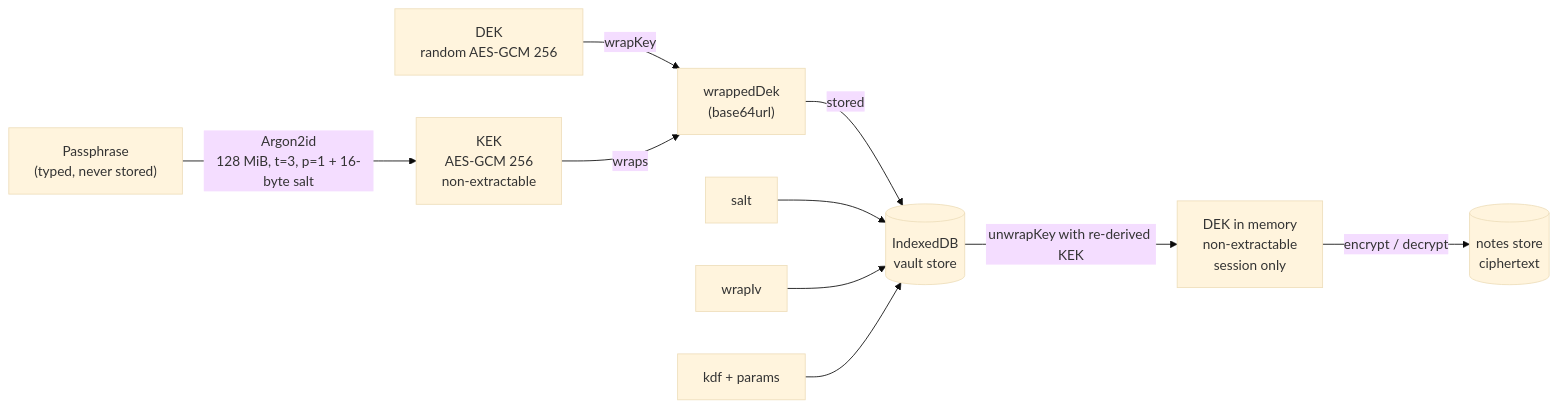
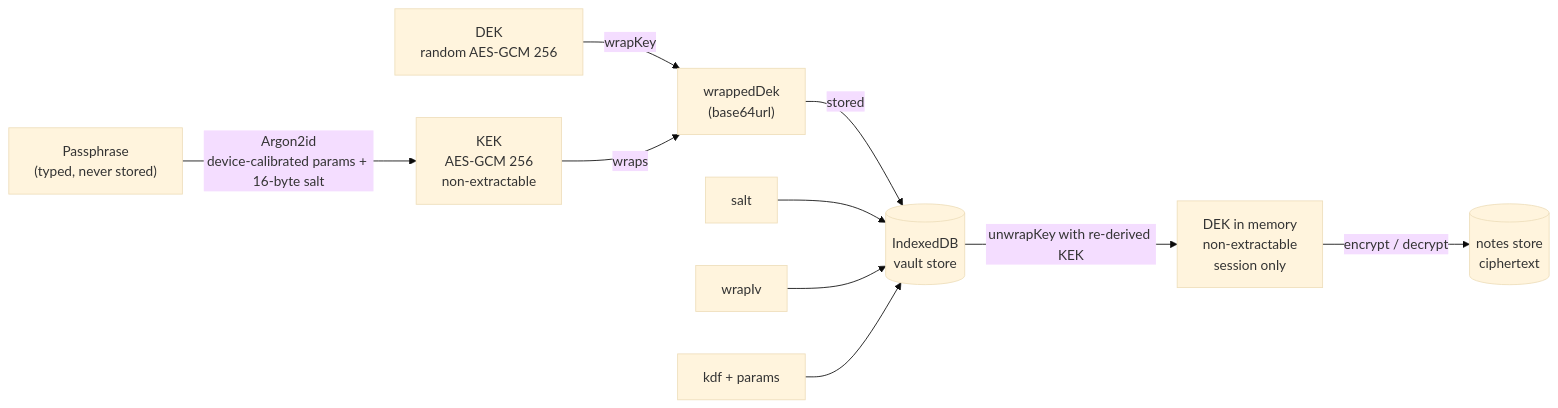
One commit to mortenoh/lockbox changed the first of 2 diagrams in docs/design/encryption.md. Above: the diagram before and after it, drawn with Mermaid (base theme). The commit also changed other lines of this file and 10 other files, not shown here.

````diff
--- a/docs/design/encryption.md
+++ b/docs/design/encryption.md
@@ -24,12 +24,12 @@
 ```mermaid
 flowchart LR
-    P["Passphrase<br/>(typed, never stored)"] -->|"Argon2id<br/>128 MiB, t=3, p=1 + 16-byte salt"| KEK["KEK<br/>AES-GCM 256<br/>non-extractable"]
+    P["Passphrase<br/>(typed, never stored)"] -->|"Argon2id<br/>device-calibrated params + 16-byte salt"| KEK["KEK<br/>AES-GCM 256<br/>non-extractable"]
     DEK0["DEK<br/>random AES-GCM 256"] -->|"wrapKey"| W["wrappedDek<br/>(base64url)"]
     KEK -->|wraps| W
     W -->|"stored"| IDB[("IndexedDB<br/>vault store")]
     SALT["salt"] --> IDB
     WIV["wrapIv"] --> IDB
     KDFP["kdf + params"] --> IDB
     IDB -->|"unwrapKey with re-derived KEK"| DEKM["DEK in memory<br/>non-extractable<br/>session only"]
     DEKM -->|"encrypt / decrypt"| NOTES[("notes store<br/>ciphertext")]
 ```
````
